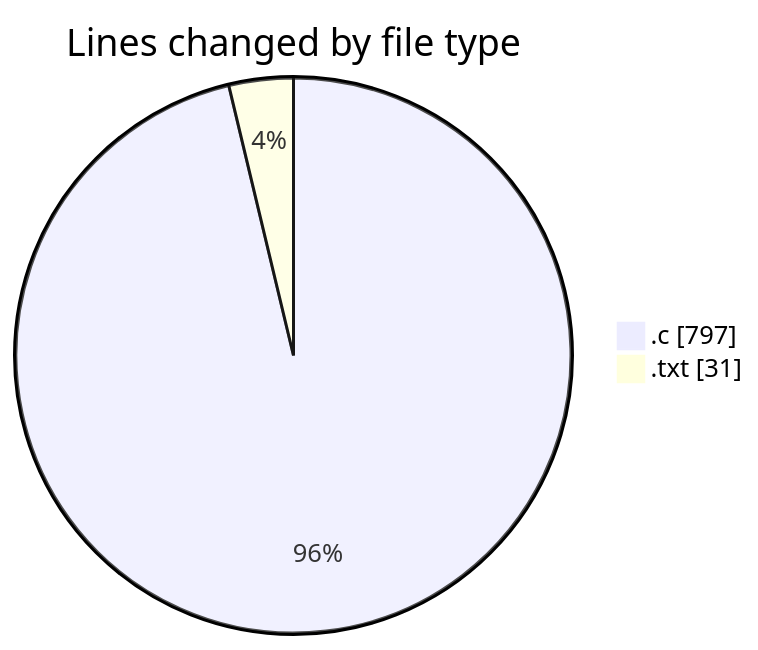
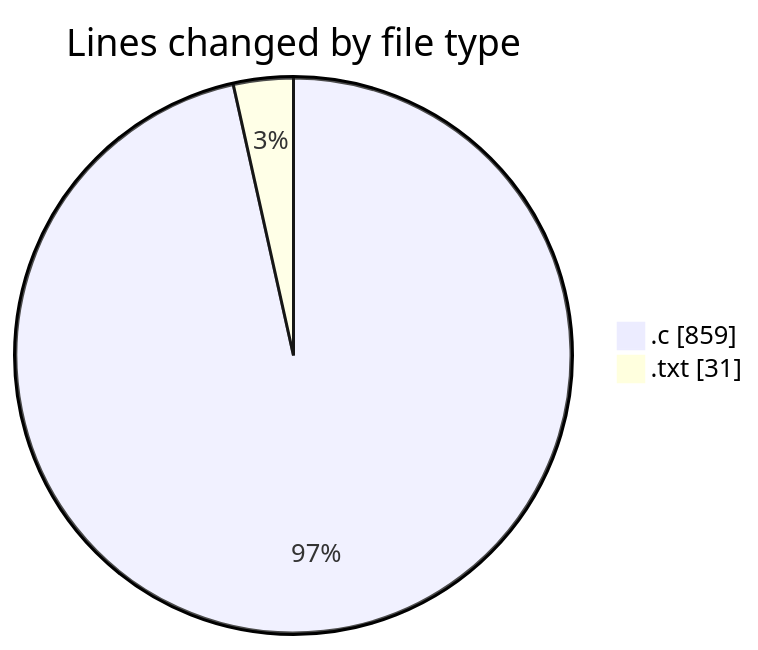
One commit to Ritupan-Deka/code-tracking changed the first of 2 diagrams in 2025-01-26/search/README.md. Above: the diagram before and after it, drawn with Mermaid. The commit also changed other lines of this file and 1 other file, not shown here.

````diff
--- a/2025-01-26/search/README.md
+++ b/2025-01-26/search/README.md
@@ -22,6 +22,6 @@
 ```mermaid
 pie showData
 title Lines changed by file type
-".c" : 797
+".c" : 859
 ".txt" : 31
 ```
````
